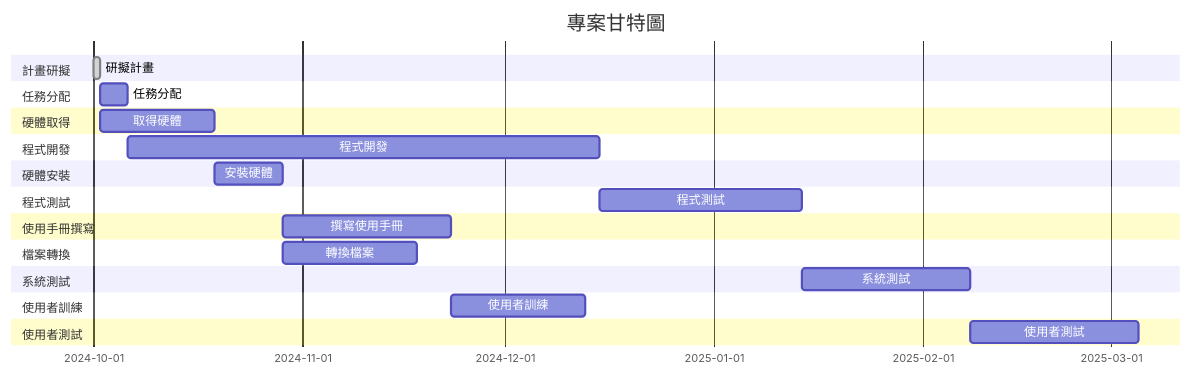
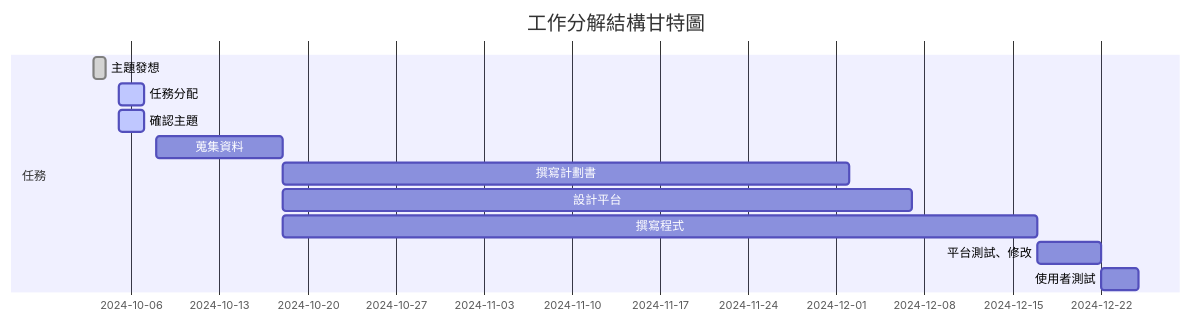
One commit to HowardHung2/Nkust_Required_TeamProject changed the second of 2 diagrams in HW2.md. Above: the diagram before and after it, drawn with Mermaid. The commit also changed other lines of this file, not shown here.

````diff
--- a/HW2.md
+++ b/HW2.md
@@ -35,27 +43,15 @@
 ```mermaid
 gantt
-    title 專案甘特圖
+    title 工作分解結構甘特圖
     dateFormat  YYYY-MM-DD
-    section 計畫研擬
-    研擬計畫         :done, task1, 2024-10-01, 1d
-    section 任務分配
-    任務分配         :task2, after task1, 4d
-    section 硬體取得
-    取得硬體         :task3, after task1, 17d
-    section 程式開發
-    程式開發         :task4, after task2, 70d
-    section 硬體安裝
-    安裝硬體         :task5, after task3, 10d
-    section 程式測試
-    程式測試         :task6, after task4, 30d
-    section 使用手冊撰寫
-    撰寫使用手冊     :task7, after task5, 25d
-    section 檔案轉換
-    轉換檔案         :task8, after task5, 20d
-    section 系統測試
-    系統測試         :task9, after task6, 25d
-    section 使用者訓練
-    使用者訓練       :task10, after task7, 20d
-    section 使用者測試
-    使用者測試       :task11, after task9, 25d
+    section 任務
+    主題發想          :done,    task1, 2024-10-03, 1d
+    任務分配          :active,  task2, 2024-10-05, 2d
+    確認主題          :active,  task3, 2024-10-05, 2d
+    蒐集資料          :         task4, 2024-10-08, 10d
+    撰寫計劃書        :         task5, 2024-10-18, 45d
+    設計平台          :         task6, 2024-10-18, 50d
+    撰寫程式          :         task7, 2024-10-18, 60d
+    平台測試、修改    :         task8, 2024-12-17, 5d
+    使用者測試        :         task9, 2024-12-22, 3d
 ```
````
